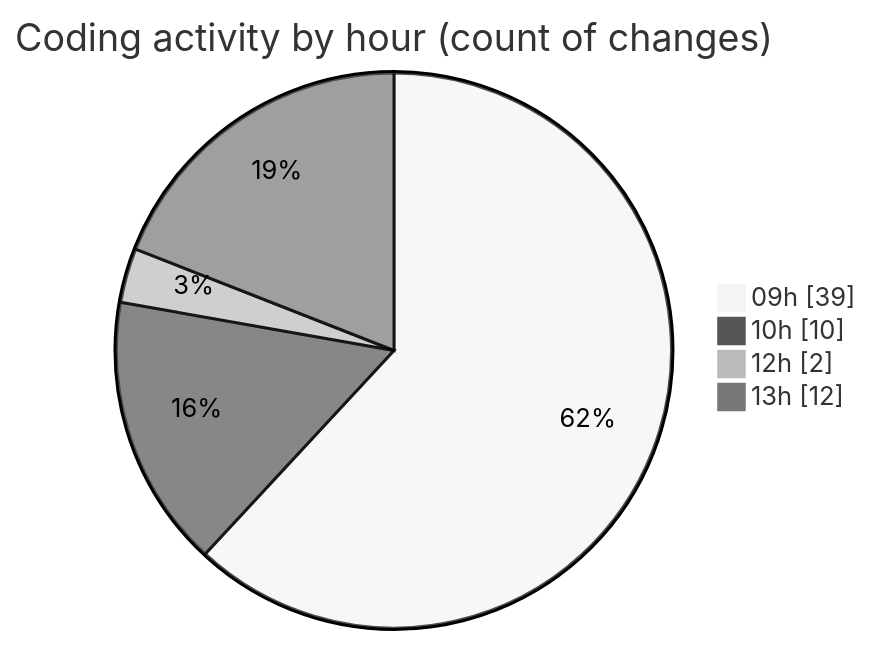
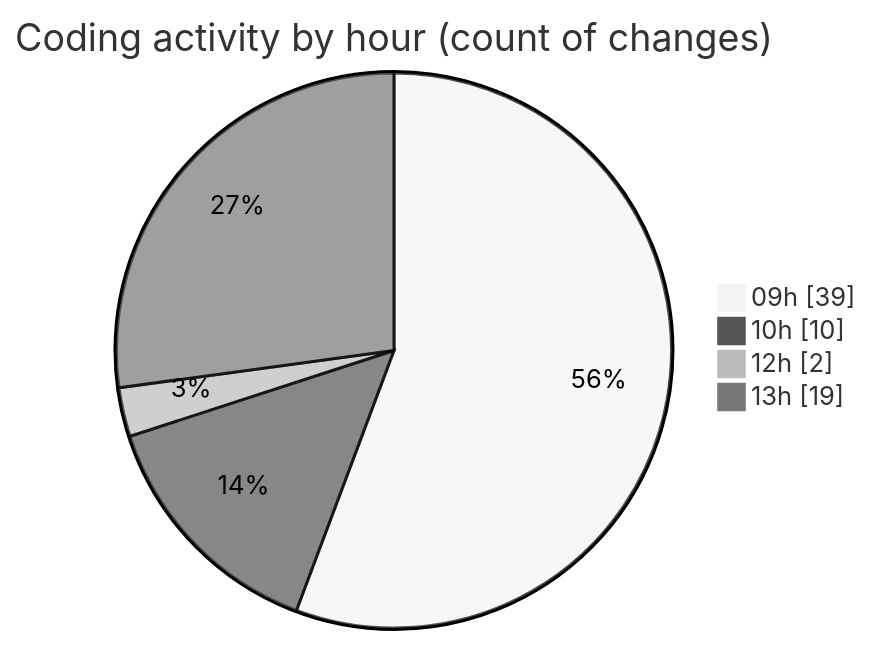
Before and after one commit to momahboobian/code-tracking: the second of 2 diagrams in 2026-01-12/cda/README.md, drawn with Mermaid (neutral theme). The commit also changed other lines of this file and 1 other file, not shown here.

````diff
--- a/2026-01-12/cda/README.md
+++ b/2026-01-12/cda/README.md
@@ -37,8 +37,8 @@
 ```mermaid
 pie showData
 title Coding activity by hour (count of changes)
 "09h" : 39
 "10h" : 10
 "12h" : 2
-"13h" : 12
+"13h" : 19
 ```
````
